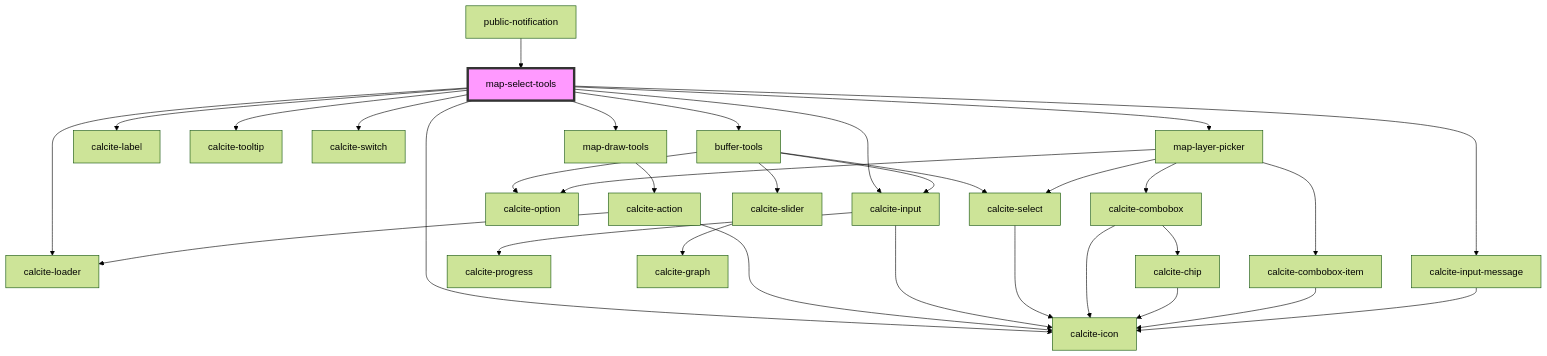
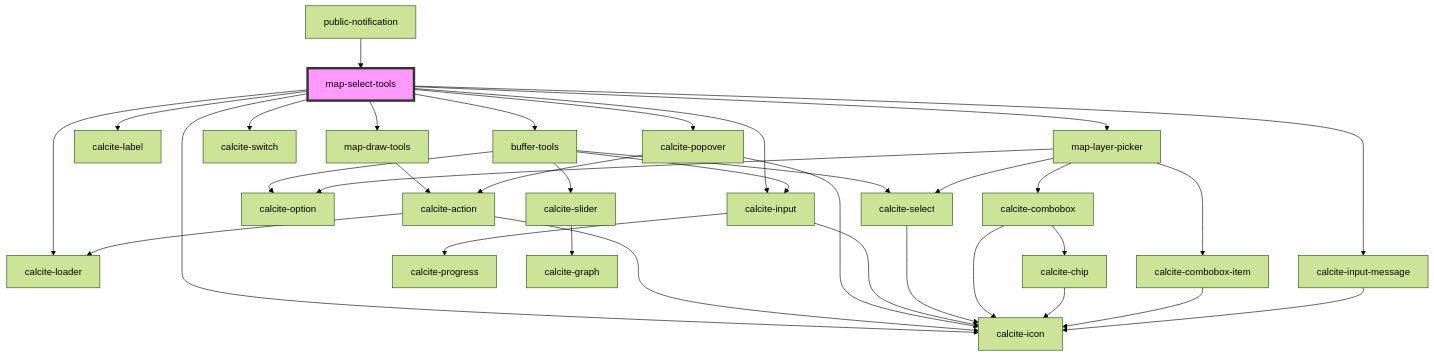
The diagram in src/components/map-select-tools/readme.md (Esri/solutions-components), drawn with Mermaid (forest theme) before and after one commit. The commit also changed other lines of this file and 3 other files, not shown here.

````diff
--- a/src/components/map-select-tools/readme.md
+++ b/src/components/map-select-tools/readme.md
@@ -81,35 +81,37 @@
 ```mermaid
 graph TD;
   map-select-tools --> map-draw-tools
   map-select-tools --> calcite-label
   map-select-tools --> calcite-icon
-  map-select-tools --> calcite-tooltip
+  map-select-tools --> calcite-popover
   map-select-tools --> calcite-switch
   map-select-tools --> buffer-tools
   map-select-tools --> map-layer-picker
   map-select-tools --> calcite-loader
   map-select-tools --> calcite-input-message
   map-select-tools --> calcite-input
   map-draw-tools --> calcite-action
   calcite-action --> calcite-loader
   calcite-action --> calcite-icon
+  calcite-popover --> calcite-action
+  calcite-popover --> calcite-icon
   buffer-tools --> calcite-option
   buffer-tools --> calcite-input
   buffer-tools --> calcite-select
   buffer-tools --> calcite-slider
   calcite-input --> calcite-progress
   calcite-input --> calcite-icon
   calcite-select --> calcite-icon
   calcite-slider --> calcite-graph
   map-layer-picker --> calcite-select
   map-layer-picker --> calcite-combobox
   map-layer-picker --> calcite-combobox-item
   map-layer-picker --> calcite-option
   calcite-combobox --> calcite-chip
   calcite-combobox --> calcite-icon
   calcite-chip --> calcite-icon
   calcite-combobox-item --> calcite-icon
   calcite-input-message --> calcite-icon
   public-notification --> map-select-tools
   style map-select-tools fill:#f9f,stroke:#333,stroke-width:4px
 ```
````
